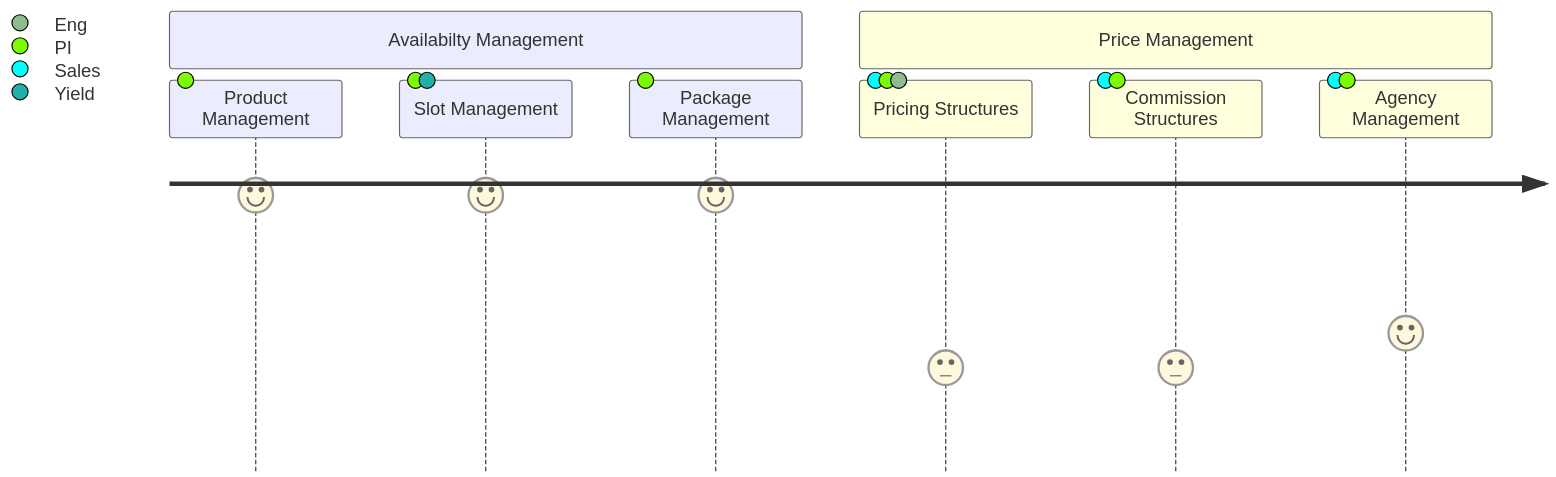
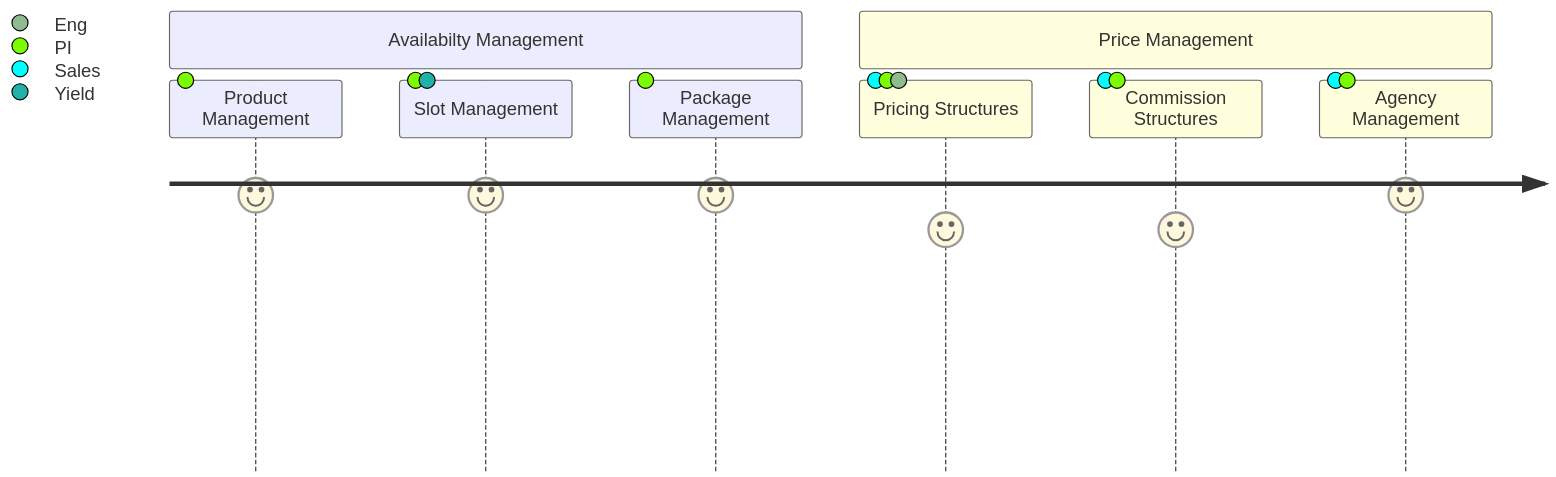
One commit to coyclayton/papillon135acm changed the first of 5 diagrams in LifeCycles/Reservation Life Cycle.md. Above: the diagram before and after it, drawn with Mermaid. The commit also changed other lines of this file and 10 other files, not shown here.

````diff
--- a/LifeCycles/Reservation Life Cycle.md
+++ b/LifeCycles/Reservation Life Cycle.md
@@ -5,11 +5,11 @@
 ```mermaid
 journey
     section Availabilty Management
       Product Management: 8 : PI
       Slot Management: 8 : PI, Yield
       Package Management: 8 : PI
     section Price Management
-	   Pricing Structures: 3 : Sales, PI, Eng
-	   Commission Structures: 3 : Sales, PI
-	   Agency Management : 4 : Sales, PI
+	   Pricing Structures: 7 : Sales, PI, Eng
+	   Commission Structures: 7 : Sales, PI
+	   Agency Management : 8 : Sales, PI
 ```
````
